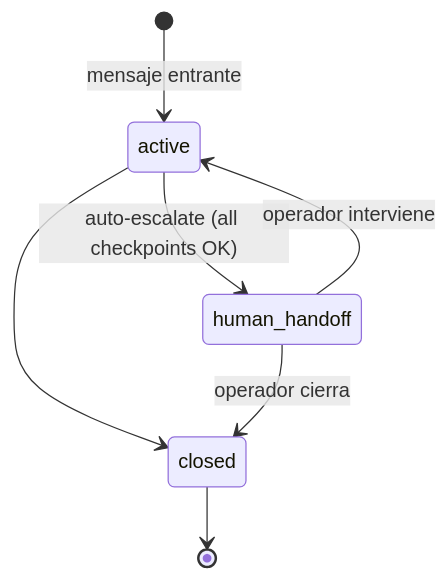
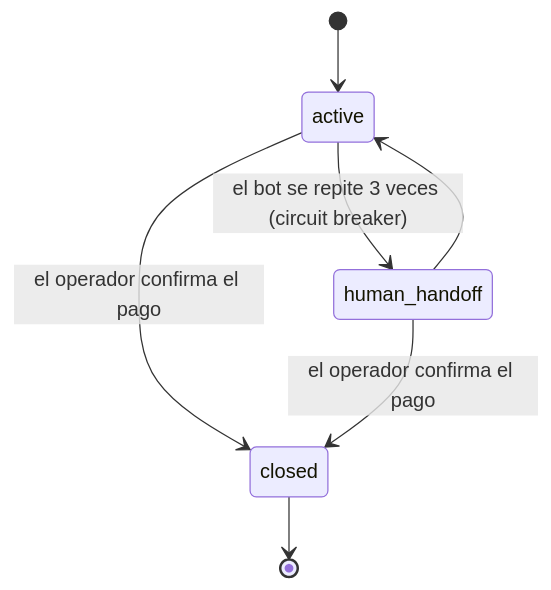
The ninth of 9 diagrams in README.md (SRam3/agent-backend), drawn with Mermaid before and after one commit. The commit also changed other lines of this file, not shown here.

````diff
--- a/README.md
+++ b/README.md
@@ -156,9 +178,9 @@
 ```mermaid
 stateDiagram-v2
-    [*] --> active : mensaje entrante
-    active --> human_handoff : auto-escalate (all checkpoints OK)
-    active --> closed
-    human_handoff --> active : operador interviene
-    human_handoff --> closed : operador cierra
+    [*] --> active
+    active --> human_handoff : el bot se repite 3 veces (circuit breaker)
+    active --> closed : el operador confirma el pago
+    human_handoff --> closed : el operador confirma el pago
+    human_handoff --> active
     closed --> [*]
 ```
````
